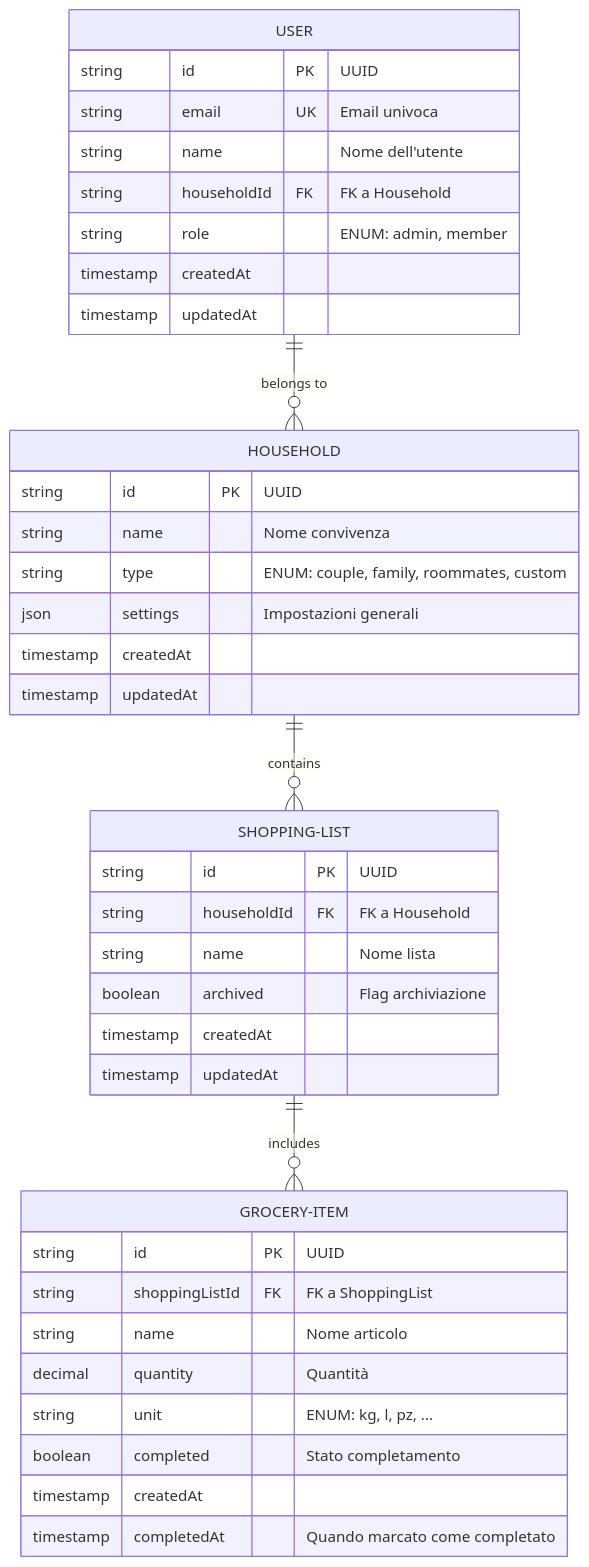
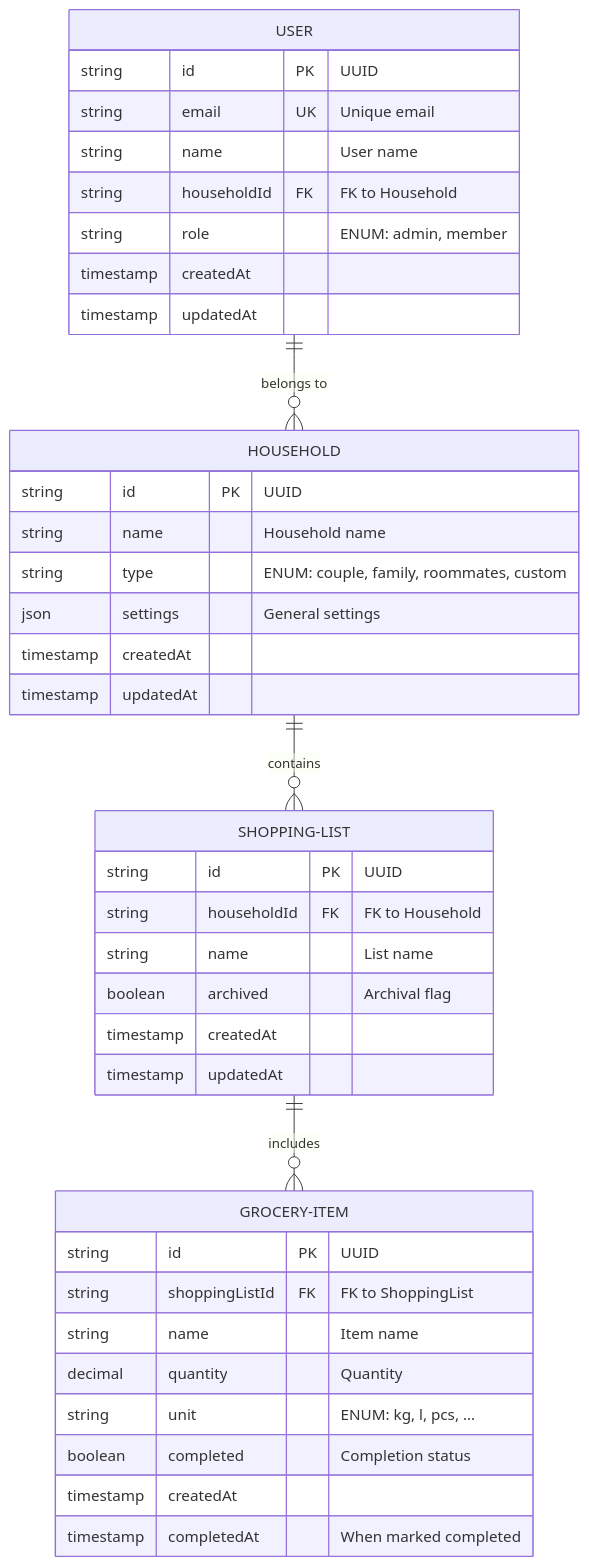
One commit to antoniorepaci/HomeManager changed the diagram in docs/domain-model.md. Above: the diagram before and after it, drawn with Mermaid. The commit also changed other lines of this file and 1 other file, not shown here.

Commit message:
English conversion and architecture

````diff
--- a/docs/domain-model.md
+++ b/docs/domain-model.md
@@ -11,45 +11,45 @@
 ```mermaid
 erDiagram
     USER ||--o{ HOUSEHOLD : "belongs to"
     HOUSEHOLD ||--o{ SHOPPING-LIST : "contains"
     SHOPPING-LIST ||--o{ GROCERY-ITEM : "includes"
     
     USER {
         string id PK "UUID"
-        string email UK "Email univoca"
-        string name "Nome dell'utente"
-        string householdId FK "FK a Household"
+        string email UK "Unique email"
+        string name "User name"
+        string householdId FK "FK to Household"
         string role "ENUM: admin, member"
         timestamp createdAt
         timestamp updatedAt
     }
     
     HOUSEHOLD {
         string id PK "UUID"
-        string name "Nome convivenza"
+        string name "Household name"
         string type "ENUM: couple, family, roommates, custom"
-        json settings "Impostazioni generali"
+        json settings "General settings"
         timestamp createdAt
         timestamp updatedAt
     }
     
     SHOPPING-LIST {
         string id PK "UUID"
-        string householdId FK "FK a Household"
-        string name "Nome lista"
-        boolean archived "Flag archiviazione"
+        string householdId FK "FK to Household"
+        string name "List name"
+        boolean archived "Archival flag"
         timestamp createdAt
         timestamp updatedAt
     }
     
     GROCERY-ITEM {
         string id PK "UUID"
-        string shoppingListId FK "FK a ShoppingList"
-        string name "Nome articolo"
-        decimal quantity "Quantità"
-        string unit "ENUM: kg, l, pz, ..."
-        boolean completed "Stato completamento"
+        string shoppingListId FK "FK to ShoppingList"
+        string name "Item name"
+        decimal quantity "Quantity"
+        string unit "ENUM: kg, l, pcs, ..."
+        boolean completed "Completion status"
         timestamp createdAt
-        timestamp completedAt "Quando marcato come completato"
+        timestamp completedAt "When marked completed"
     }
 ```
````
